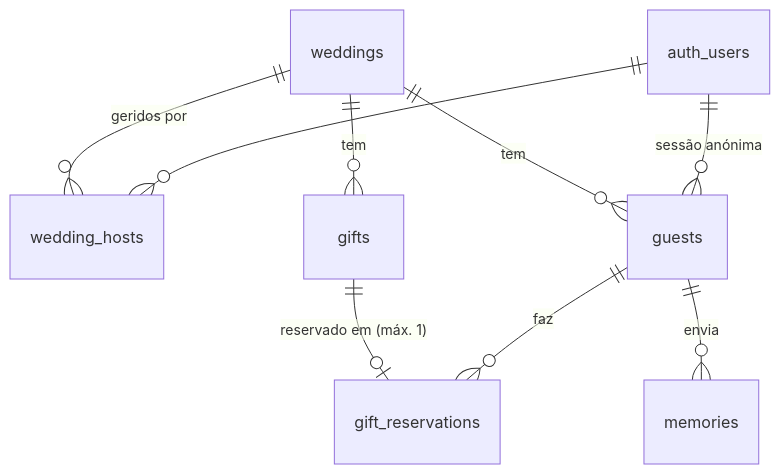
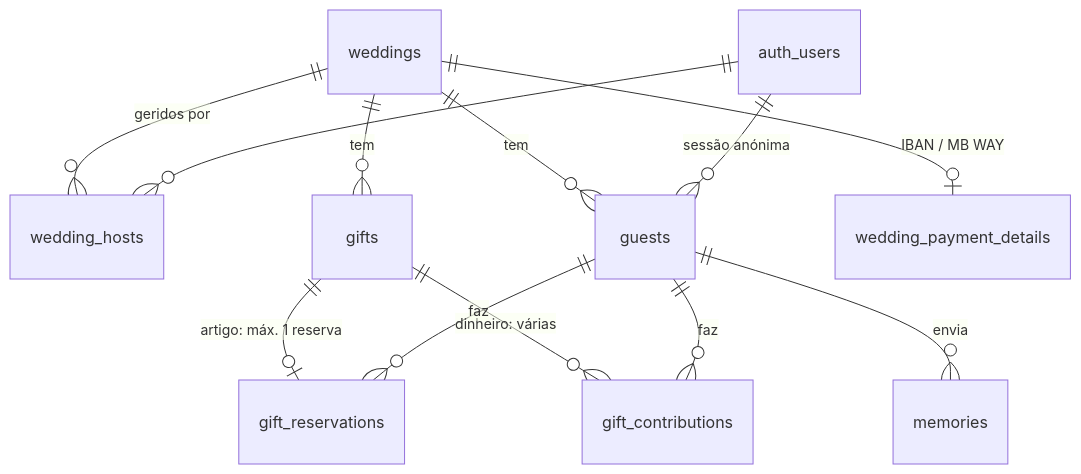
Before and after one commit to afonsowebdev/Enlace: the diagram in docs/PLANO.md, drawn with Mermaid. The commit also changed other lines of this file and 7 other files, not shown here.

````diff
--- a/docs/PLANO.md
+++ b/docs/PLANO.md
@@ -76,11 +84,14 @@
 ```mermaid
 erDiagram
   weddings ||--o{ wedding_hosts : "geridos por"
   weddings ||--o{ guests : tem
   weddings ||--o{ gifts : tem
-  gifts ||--o| gift_reservations : "reservado em (máx. 1)"
+  weddings ||--o| wedding_payment_details : "IBAN / MB WAY"
+  gifts ||--o| gift_reservations : "artigo: máx. 1 reserva"
+  gifts ||--o{ gift_contributions : "dinheiro: várias"
   guests ||--o{ gift_reservations : faz
+  guests ||--o{ gift_contributions : faz
   guests ||--o{ memories : envia
   auth_users ||--o{ wedding_hosts : ""
   auth_users ||--o{ guests : "sessão anónima"
 ```
````
